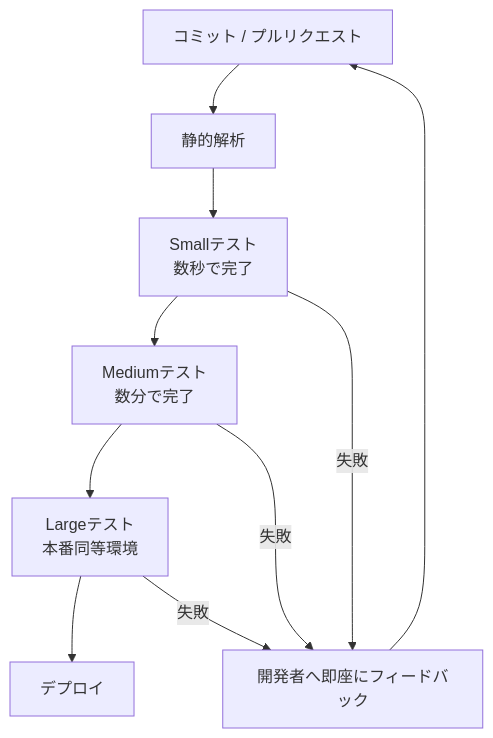
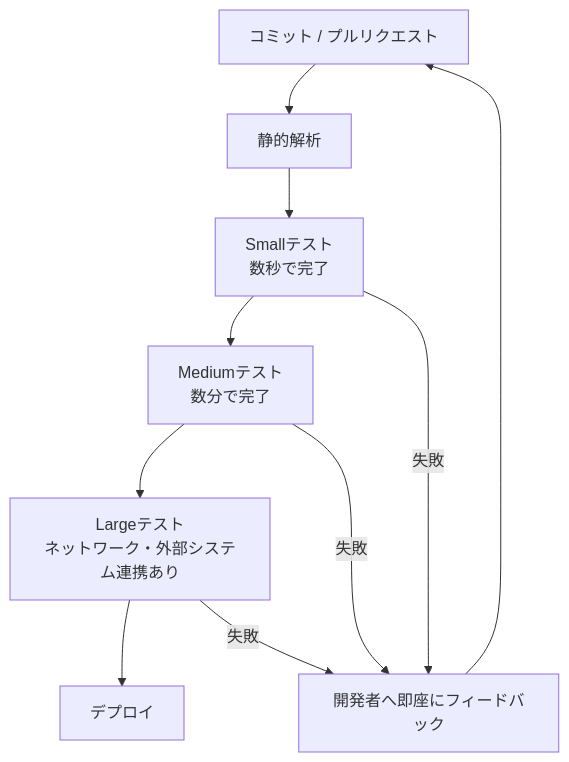
Before and after one commit to myoshi2891/Quality-Assurance-Studies: the sixth of 7 diagrams in Beautiful-testing-guide.md, drawn with Mermaid. The commit also changed other lines of this file, not shown here.

Commit message:
docs(beautiful-testing): refine Large test constraints and Definition of Done context

````diff
--- a/Beautiful-testing-guide.md
+++ b/Beautiful-testing-guide.md
@@ -226,12 +226,12 @@
 ```mermaid
 flowchart TB
     Commit["コミット / プルリクエスト"] --> Static2["静的解析"]
     Static2 --> Small["Smallテスト<br/>数秒で完了"]
     Small --> Medium["Mediumテスト<br/>数分で完了"]
-    Medium --> Large["Largeテスト<br/>本番同等環境"]
+    Medium --> Large["Largeテスト<br/>ネットワーク・外部システム連携あり"]
     Large --> Deploy["デプロイ"]
     Small -->|"失敗"| Feedback["開発者へ即座にフィードバック"]
     Medium -->|"失敗"| Feedback
     Large -->|"失敗"| Feedback
     Feedback --> Commit
 ```
````
